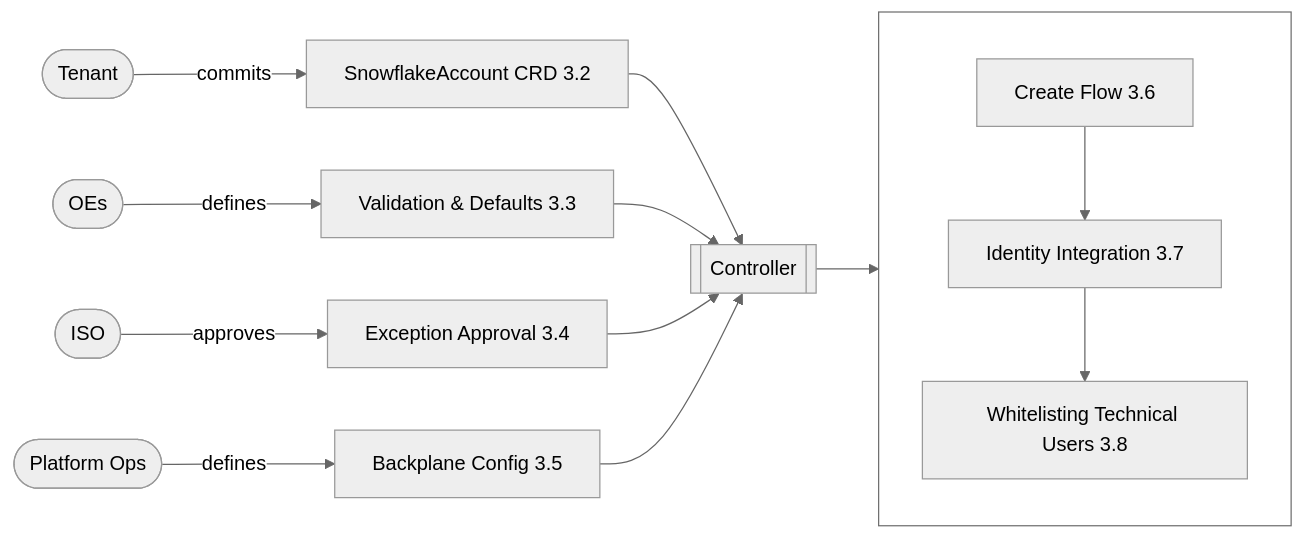
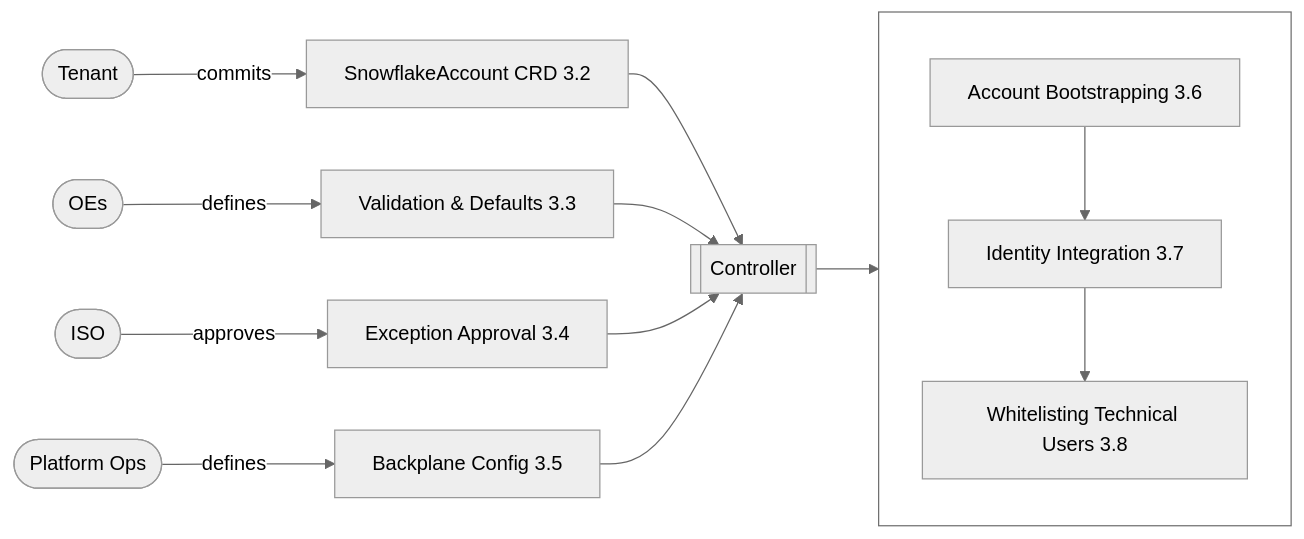
One commit to allianz/yukimi changed the diagram in specs/design.md. Above: the diagram before and after it, drawn with Mermaid (neutral theme). The commit also changed other lines of this file, not shown here.

Commit message:
added mermaid

````diff
--- a/specs/design.md
+++ b/specs/design.md
@@ -112,22 +112,22 @@
 ```mermaid
 flowchart LR
     Tenant([Tenant]) -->|commits| CRD[SnowflakeAccount CRD 3.2]
     OEs([OEs]) -->|defines| ValidationRules[Validation & Defaults 3.3]
     ISO([ISO]) -->|approves| Exceptions[Exception Approval 3.4]
     Ops([Platform Ops]) -->|defines| BackplaneConfig[Backplane Config 3.5]
 
     CRD --> Controller[[Controller]]
     ValidationRules --> Controller
     Exceptions --> Controller
     BackplaneConfig --> Controller
 
     Controller --> CreateFlow
 
     subgraph createFlowGroup [" "]
         direction TB
-        CreateFlow[Create Flow 3.6] --> IdentityIntegration[Identity Integration 3.7]
+        CreateFlow[Account Bootstrapping 3.6] --> IdentityIntegration[Identity Integration 3.7]
         IdentityIntegration --> Whitelisting[Whitelisting Technical Users 3.8]
     end
 
     style createFlowGroup fill:transparent
 ```
````
